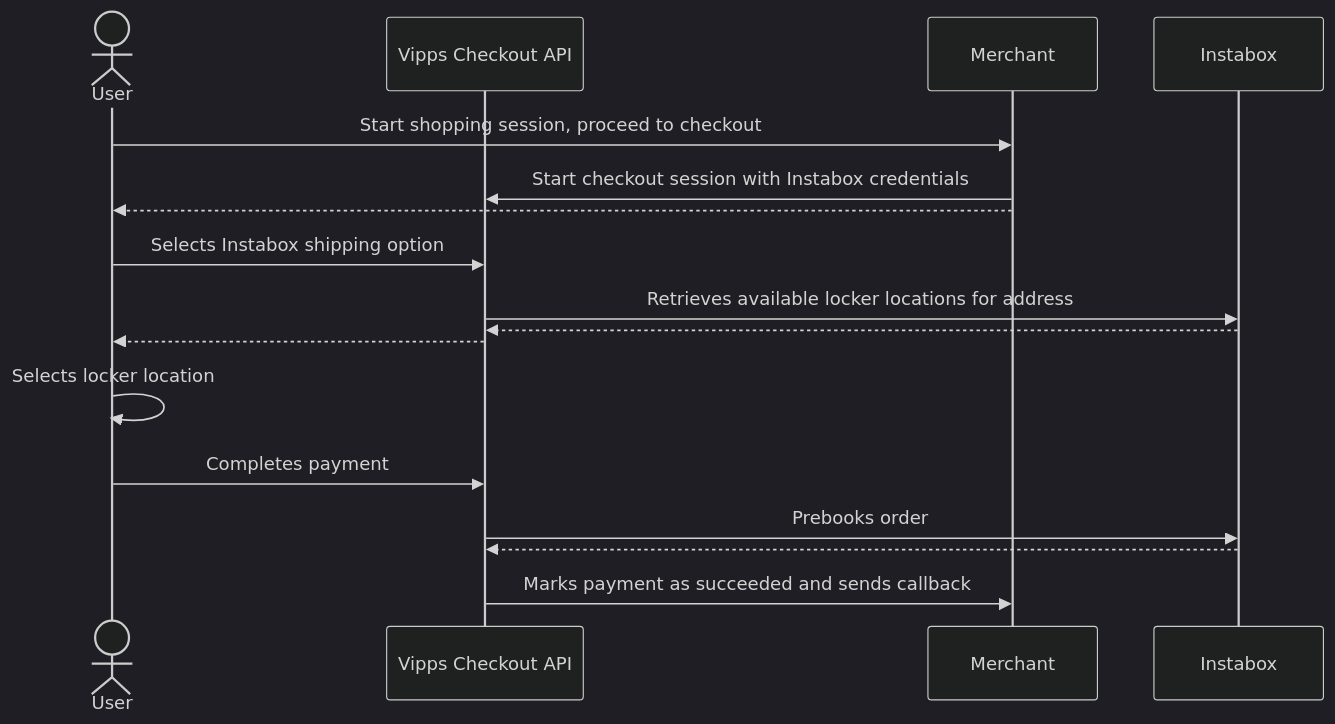
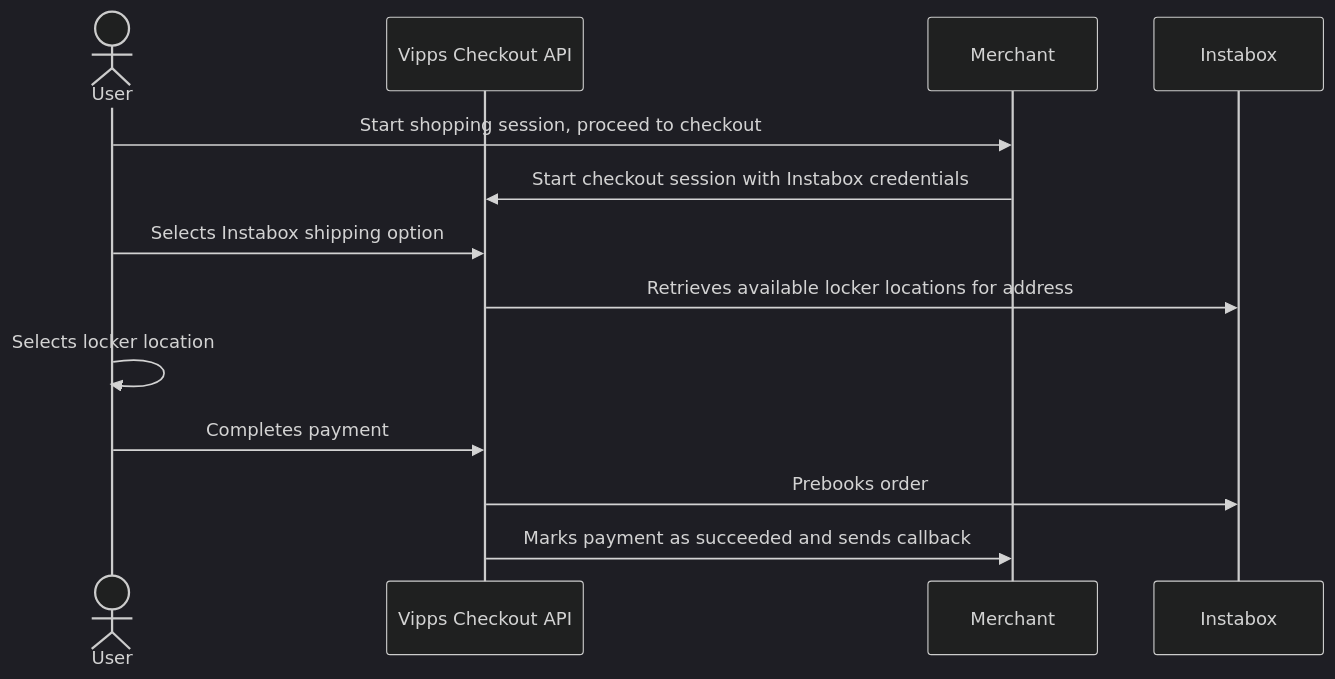
The second of 3 diagrams in vipps-checkout-api.md (vippsas/vipps-checkout), drawn with Mermaid (dark theme) before and after one commit. The commit also changed other lines of this file, not shown here.

First line of the commit message:
Fix mermaid issue (#92)

````diff
--- a/vipps-checkout-api.md
+++ b/vipps-checkout-api.md
@@ -143,20 +139,16 @@
 ```mermaid
 sequenceDiagram
   actor User
   participant API as Vipps Checkout API
   participant Merchant
   participant Instabox
 
   User->>Merchant: Start shopping session, proceed to checkout
   Merchant->>API: Start checkout session with Instabox credentials
-  Merchant-->>User:
   User->>API: Selects Instabox shipping option
   API->>Instabox: Retrieves available locker locations for address
-  Instabox-->>API:
-  API-->>User:
   User->>User: Selects locker location
   User->>API: Completes payment
   API->>Instabox: Prebooks order
-  Instabox-->>API:
   API->>Merchant: Marks payment as succeeded and sends callback
 ```
````
